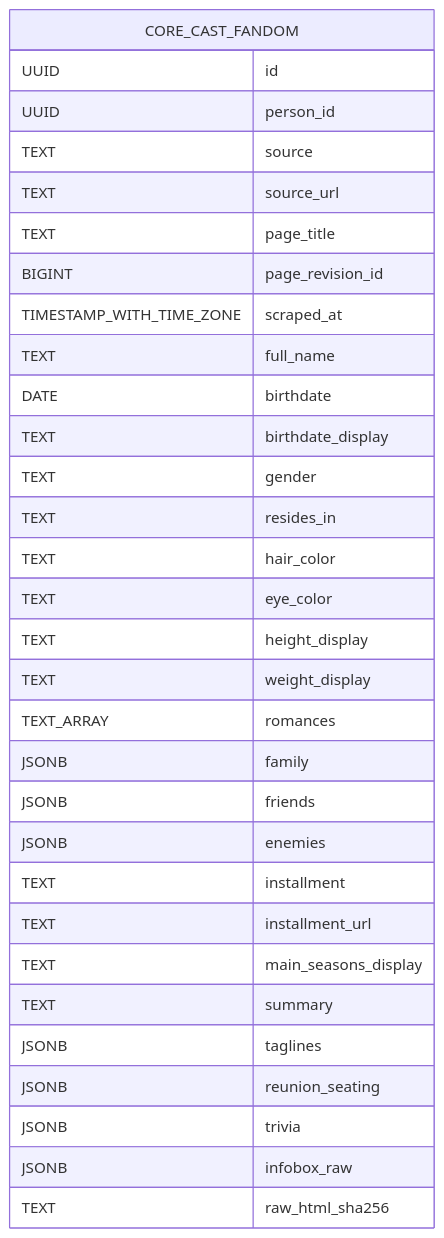
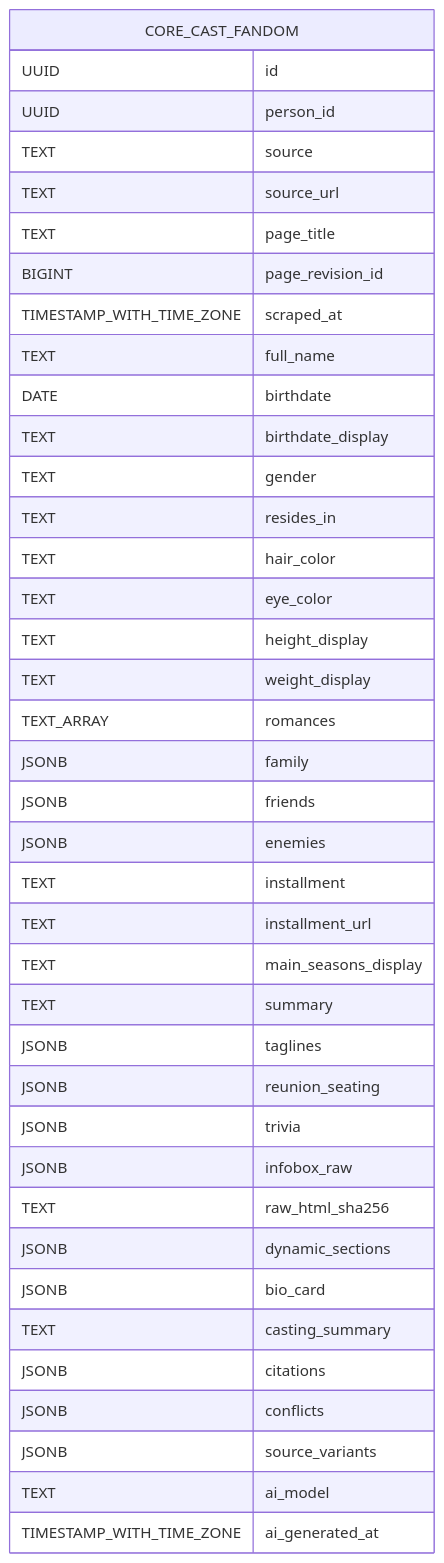
Before and after one commit to therealityreport/trr-backend: the diagram in supabase/schema_docs/diagrams/core.cast_fandom.mermaid.md, drawn with Mermaid. The commit also changed 26 other files, not shown here.

Commit message:
fix: sync schema docs and include latest backend updates

````diff
--- a/supabase/schema_docs/diagrams/core.cast_fandom.mermaid.md
+++ b/supabase/schema_docs/diagrams/core.cast_fandom.mermaid.md
@@ -4,34 +4,42 @@
 ```mermaid
 erDiagram
     CORE_CAST_FANDOM {
         UUID id
         UUID person_id
         TEXT source
         TEXT source_url
         TEXT page_title
         BIGINT page_revision_id
         TIMESTAMP_WITH_TIME_ZONE scraped_at
         TEXT full_name
         DATE birthdate
         TEXT birthdate_display
         TEXT gender
         TEXT resides_in
         TEXT hair_color
         TEXT eye_color
         TEXT height_display
         TEXT weight_display
         TEXT_ARRAY romances
         JSONB family
         JSONB friends
         JSONB enemies
         TEXT installment
         TEXT installment_url
         TEXT main_seasons_display
         TEXT summary
         JSONB taglines
         JSONB reunion_seating
         JSONB trivia
         JSONB infobox_raw
         TEXT raw_html_sha256
+        JSONB dynamic_sections
+        JSONB bio_card
+        TEXT casting_summary
+        JSONB citations
+        JSONB conflicts
+        JSONB source_variants
+        TEXT ai_model
+        TIMESTAMP_WITH_TIME_ZONE ai_generated_at
     }
 ```
````
